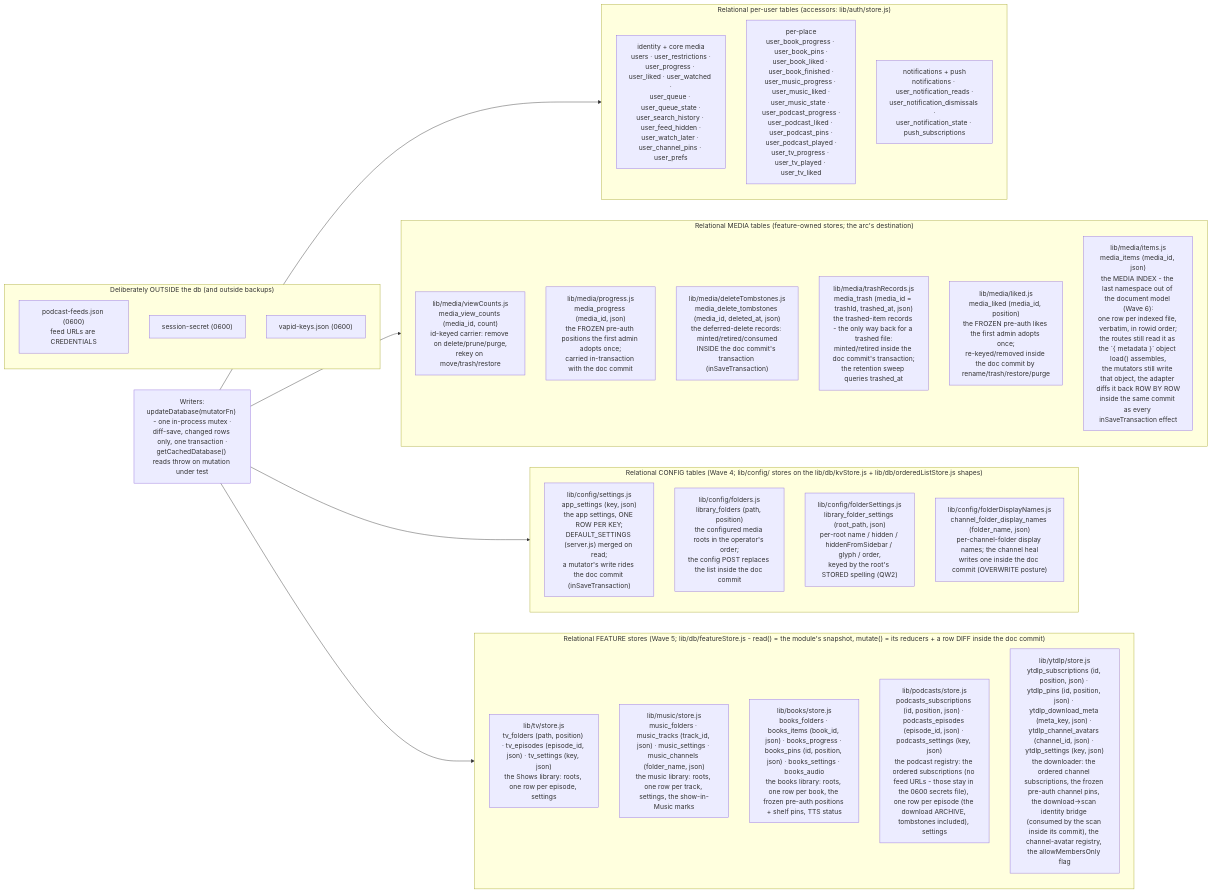
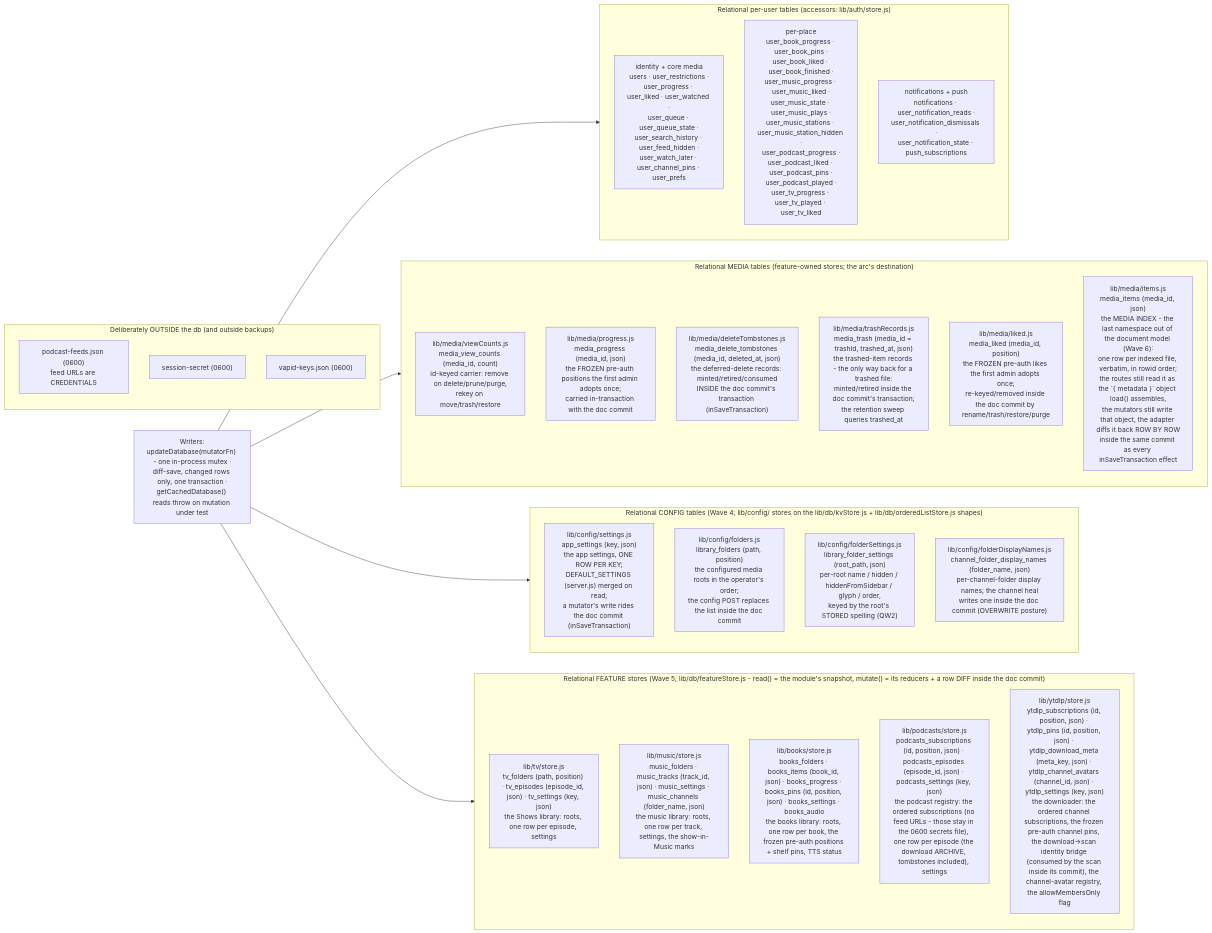
One commit to dtammam/filetube changed the second of 6 diagrams in docs/DIAGRAMS.md. Above: the diagram before and after it, drawn with Mermaid. The commit also changed other lines of this file and 15 other files, not shown here.

````diff
--- a/docs/DIAGRAMS.md
+++ b/docs/DIAGRAMS.md
@@ -106,45 +106,45 @@
 ```mermaid
 flowchart LR
     subgraph REL["Relational per-user tables (accessors: lib/auth/store.js)"]
         CORE["identity + core media<br/>users · user_restrictions ·<br/>user_progress · user_liked · user_watched ·<br/>user_queue · user_queue_state ·<br/>user_search_history · user_feed_hidden ·<br/>user_watch_later · user_channel_pins · user_prefs"]
-        PLACEST["per-place<br/>user_book_progress · user_book_pins ·<br/>user_book_liked · user_book_finished ·<br/>user_music_progress · user_music_liked ·<br/>user_music_state · user_podcast_progress ·<br/>user_podcast_liked · user_podcast_pins ·<br/>user_podcast_played ·<br/>user_tv_progress · user_tv_played · user_tv_liked"]
+        PLACEST["per-place<br/>user_book_progress · user_book_pins ·<br/>user_book_liked · user_book_finished ·<br/>user_music_progress · user_music_liked ·<br/>user_music_state · user_music_plays ·<br/>user_music_stations · user_music_station_hidden ·<br/>user_podcast_progress ·<br/>user_podcast_liked · user_podcast_pins ·<br/>user_podcast_played ·<br/>user_tv_progress · user_tv_played · user_tv_liked"]
         NOTIF["notifications + push<br/>notifications · user_notification_reads ·<br/>user_notification_dismissals ·<br/>user_notification_state · push_subscriptions"]
     end
 
     subgraph MEDIA["Relational MEDIA tables (feature-owned stores; the arc's destination)"]
         VC["lib/media/viewCounts.js<br/>media_view_counts (media_id, count)<br/>id-keyed carrier: remove on delete/prune/purge,<br/>rekey on move/trash/restore"]
         PR["lib/media/progress.js<br/>media_progress (media_id, json)<br/>the FROZEN pre-auth positions the first admin adopts once;<br/>carried in-transaction with the doc commit"]
         DT["lib/media/deleteTombstones.js<br/>media_delete_tombstones (media_id, deleted_at, json)<br/>the deferred-delete records: minted/retired/consumed<br/>INSIDE the doc commit's transaction (inSaveTransaction)"]
         TR["lib/media/trashRecords.js<br/>media_trash (media_id = trashId, trashed_at, json)<br/>the trashed-item records - the only way back for a trashed file:<br/>minted/retired inside the doc commit's transaction;<br/>the retention sweep queries trashed_at"]
         LK["lib/media/liked.js<br/>media_liked (media_id, position)<br/>the FROZEN pre-auth likes the first admin adopts once;<br/>re-keyed/removed inside the doc commit by rename/trash/restore/purge"]
         MI["lib/media/items.js<br/>media_items (media_id, json)<br/>the MEDIA INDEX - the last namespace out of the document model (Wave 6):<br/>one row per indexed file, verbatim, in rowid order;<br/>the routes still read it as the `{ metadata }` object load() assembles,<br/>the mutators still write that object, the adapter diffs it back ROW BY ROW<br/>inside the same commit as every inSaveTransaction effect"]
     end
 
     subgraph CONFIG["Relational CONFIG tables (Wave 4; lib/config/ stores on the lib/db/kvStore.js + lib/db/orderedListStore.js shapes)"]
         ST["lib/config/settings.js<br/>app_settings (key, json)<br/>the app settings, ONE ROW PER KEY;<br/>DEFAULT_SETTINGS (server.js) merged on read;<br/>a mutator's write rides the doc commit (inSaveTransaction)"]
         FO["lib/config/folders.js<br/>library_folders (path, position)<br/>the configured media roots in the operator's order;<br/>the config POST replaces the list inside the doc commit"]
         FS["lib/config/folderSettings.js<br/>library_folder_settings (root_path, json)<br/>per-root name / hidden / hiddenFromSidebar / glyph / order,<br/>keyed by the root's STORED spelling (QW2)"]
         FD["lib/config/folderDisplayNames.js<br/>channel_folder_display_names (folder_name, json)<br/>per-channel-folder display names; the channel heal<br/>writes one inside the doc commit (OVERWRITE posture)"]
     end
 
     subgraph FEATURES["Relational FEATURE stores (Wave 5; lib/db/featureStore.js - read() = the module's snapshot, mutate() = its reducers + a row DIFF inside the doc commit)"]
         TV["lib/tv/store.js<br/>tv_folders (path, position) · tv_episodes (episode_id, json) · tv_settings (key, json)<br/>the Shows library: roots, one row per episode, settings"]
         MU["lib/music/store.js<br/>music_folders · music_tracks (track_id, json) · music_settings · music_channels (folder_name, json)<br/>the music library: roots, one row per track, settings, the show-in-Music marks"]
         BK["lib/books/store.js<br/>books_folders · books_items (book_id, json) · books_progress · books_pins (id, position, json) · books_settings · books_audio<br/>the books library: roots, one row per book, the frozen pre-auth positions + shelf pins, TTS status"]
         PC["lib/podcasts/store.js<br/>podcasts_subscriptions (id, position, json) · podcasts_episodes (episode_id, json) · podcasts_settings (key, json)<br/>the podcast registry: the ordered subscriptions (no feed URLs - those stay in the 0600 secrets file), one row per episode (the download ARCHIVE, tombstones included), settings"]
         YT["lib/ytdlp/store.js<br/>ytdlp_subscriptions (id, position, json) · ytdlp_pins (id, position, json) · ytdlp_download_meta (meta_key, json) · ytdlp_channel_avatars (channel_id, json) · ytdlp_settings (key, json)<br/>the downloader: the ordered channel subscriptions, the frozen pre-auth channel pins, the download->scan identity bridge (consumed by the scan inside its commit), the channel-avatar registry, the allowMembersOnly flag"]
     end
 
     subgraph OUT["Deliberately OUTSIDE the db (and outside backups)"]
         FEEDS["podcast-feeds.json (0600)<br/>feed URLs are CREDENTIALS"]
         SS["session-secret (0600)"]
         VAPID["vapid-keys.json (0600)"]
     end
 
     WRITERS["Writers:<br/>updateDatabase(mutatorFn) - one in-process mutex ·<br/>diff-save, changed rows only, one transaction ·<br/>getCachedDatabase() reads throw on mutation under test"]
 
     WRITERS --> REL
     WRITERS --> MEDIA
     WRITERS --> CONFIG
     WRITERS --> FEATURES
 ```
````
